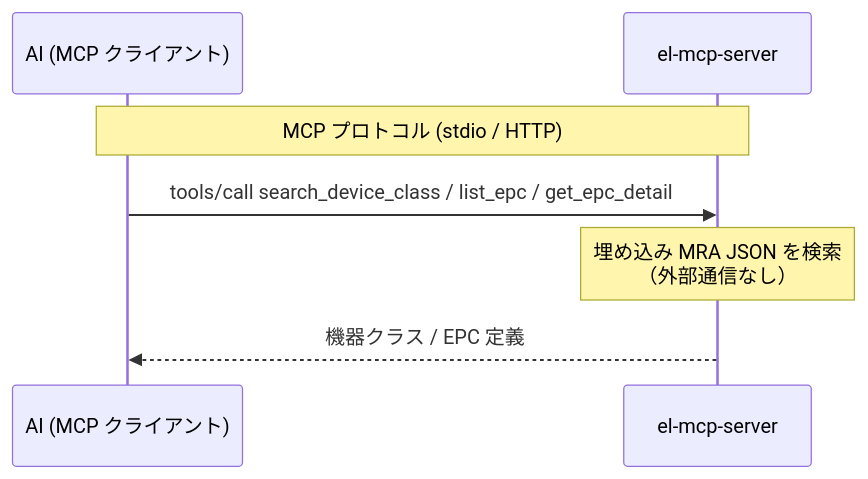
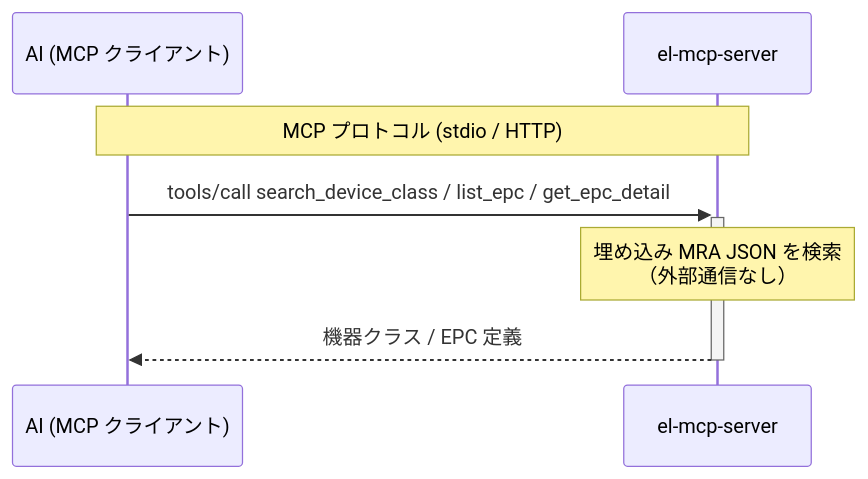
The first of 3 diagrams in README.md (thekuwayama/el-mcp-server), drawn with Mermaid before and after one commit. The commit also changed other lines of this file, not shown here.

Commit message:
Add activation boxes to all mermaid sequence diagrams

````diff
--- a/README.md
+++ b/README.md
@@ -44,11 +44,11 @@
 ```mermaid
 sequenceDiagram
     participant AI as AI (MCP クライアント)
     participant S as el-mcp-server
 
     Note over AI,S: MCP プロトコル (stdio / HTTP)
 
-    AI->>S: tools/call search_device_class / list_epc / get_epc_detail
+    AI->>+S: tools/call search_device_class / list_epc / get_epc_detail
     Note over S: 埋め込み MRA JSON を検索<br/>（外部通信なし）
-    S-->>AI: 機器クラス / EPC 定義
+    S-->>-AI: 機器クラス / EPC 定義
 ```
````
